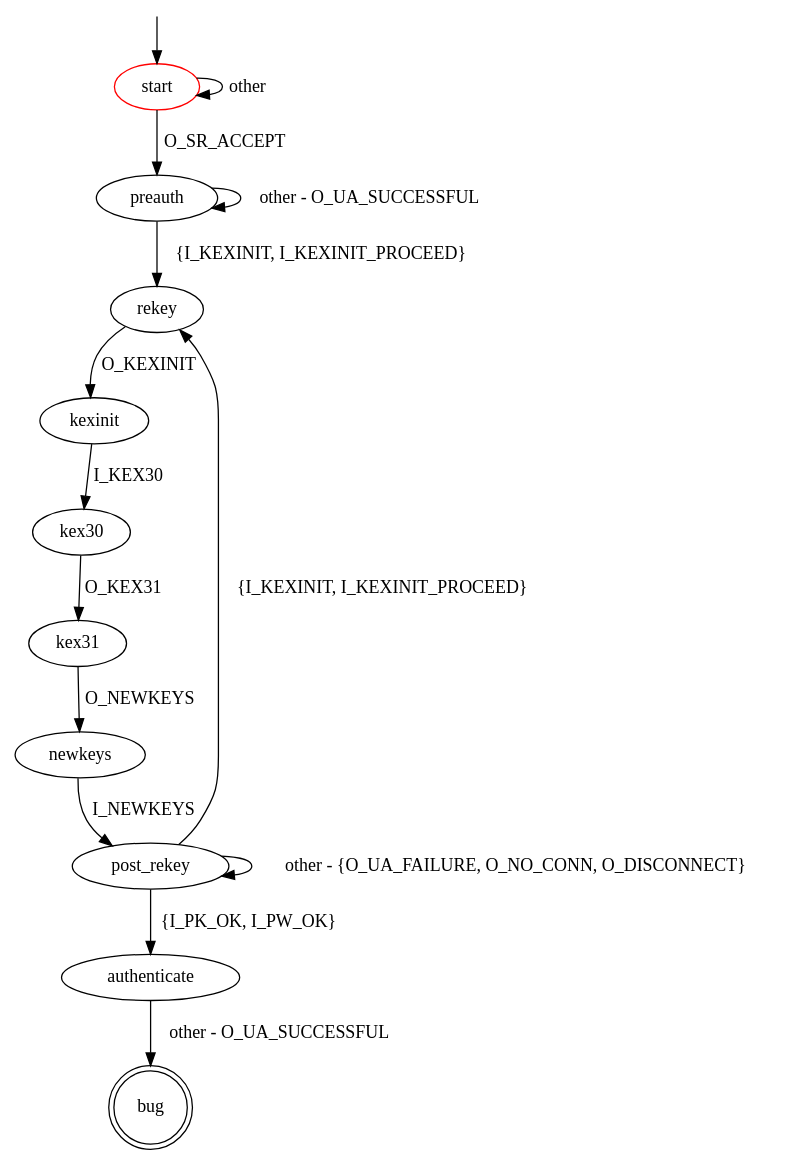
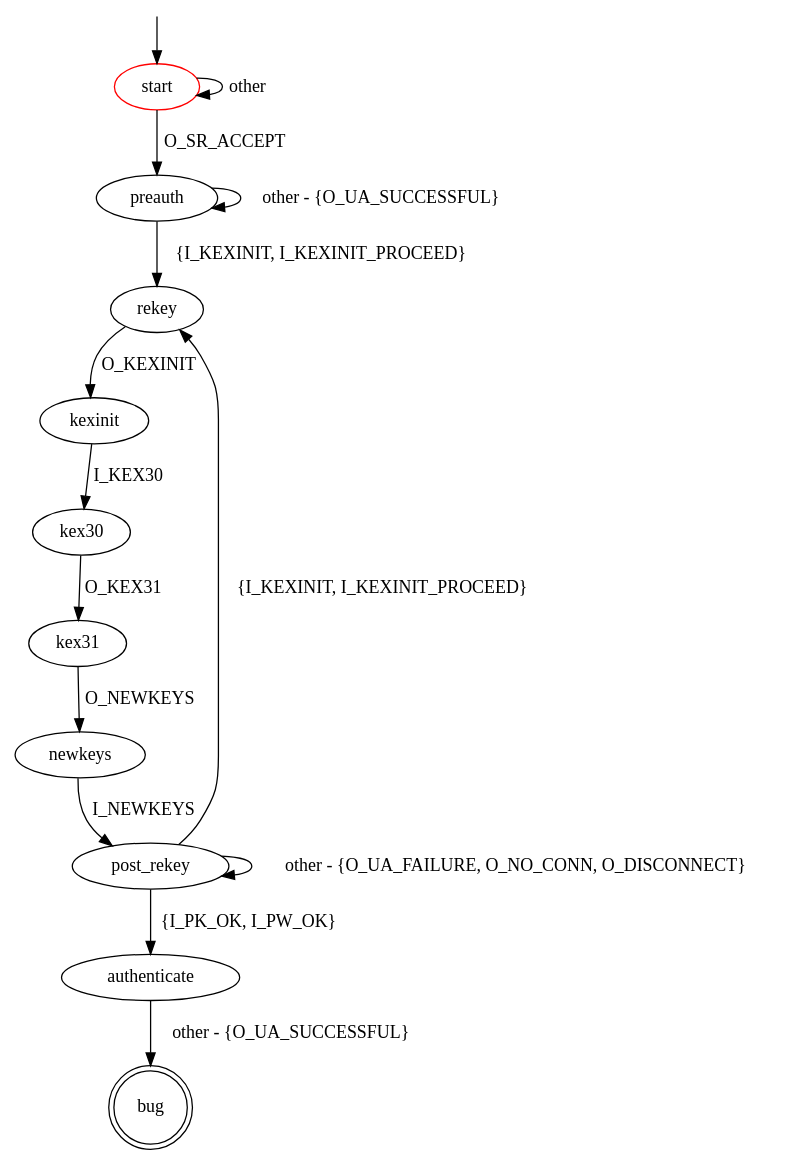
Before and after one commit to assist-project/state-machine-bug-finder: the diagram in src/main/resources/bugpatterns/ssh/ua_failure_after_rekey.dot, drawn with Graphviz. The commit also changed 8 other files, not shown here.

```diff
--- a/src/main/resources/bugpatterns/ssh/ua_failure_after_rekey.dot
+++ b/src/main/resources/bugpatterns/ssh/ua_failure_after_rekey.dot
@@ -1,26 +1,26 @@
 digraph G {
 label=""
 start [color="red"]
 bug [shape="doublecircle"]
 
 start -> preauth [label="O_SR_ACCEPT"]
 start -> start [label="other"]
 
 preauth -> rekey [label="{I_KEXINIT, I_KEXINIT_PROCEED}"]
-preauth -> preauth [label="other - O_UA_SUCCESSFUL"]
+preauth -> preauth [label="other - {O_UA_SUCCESSFUL}"]
 
 post_rekey -> rekey [label="{I_KEXINIT, I_KEXINIT_PROCEED}"]
 post_rekey -> authenticate [label="{I_PK_OK, I_PW_OK}"]
 post_rekey -> post_rekey [label="other - {O_UA_FAILURE, O_NO_CONN, O_DISCONNECT}"]
 
-authenticate -> bug [label="other - O_UA_SUCCESSFUL"]
+authenticate -> bug [label="other - {O_UA_SUCCESSFUL}"]
 
 rekey -> kexinit [label="O_KEXINIT"]
 kexinit -> kex30 [label="I_KEX30"]
 kex30 -> kex31 [label="O_KEX31"]
 kex31 -> newkeys [label="O_NEWKEYS"]
 newkeys -> post_rekey [label="I_NEWKEYS"]
 
 __start0 [label="" shape="none" width="0" height="0"];
 __start0 -> start;
 }
```
